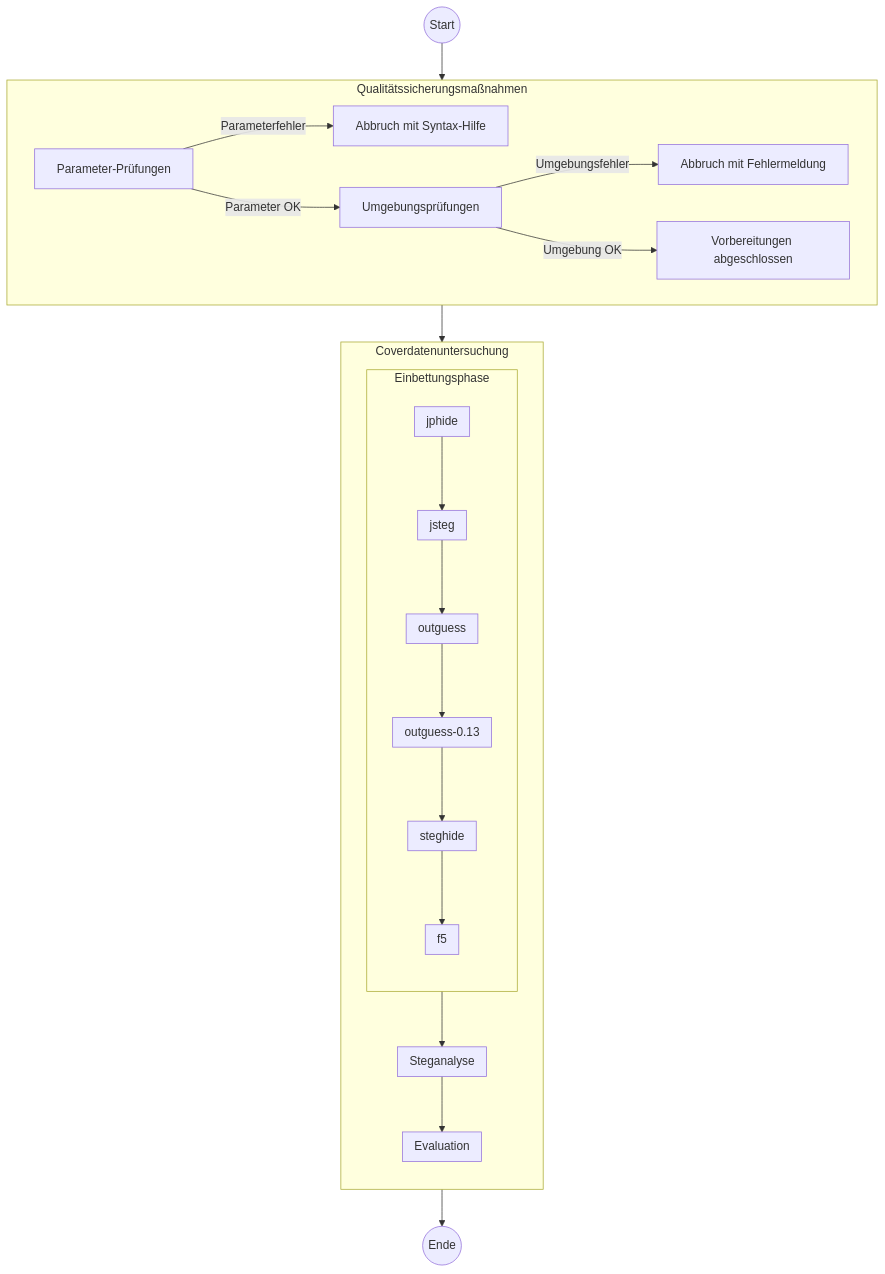
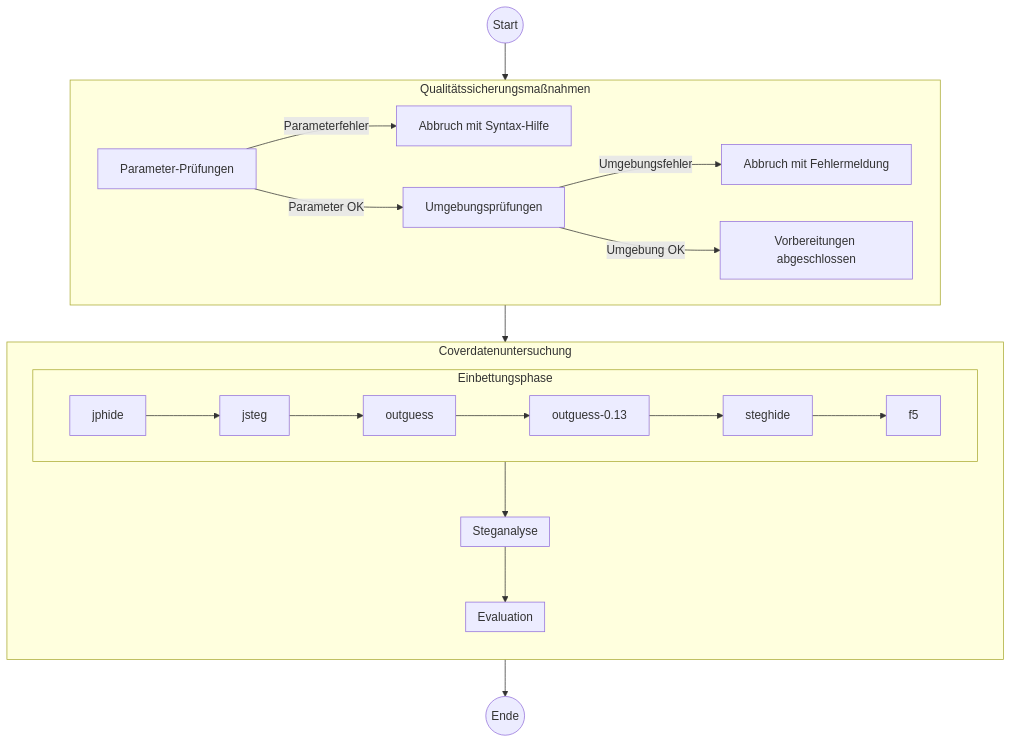
The second of 2 diagrams in SMKITS5/README.md (bh-8/amsl-it-security-projects), drawn with Mermaid before and after one commit.

````diff
--- a/SMKITS5/README.md
+++ b/SMKITS5/README.md
@@ -135,58 +135,46 @@
     ```mermaid
     flowchart TB
       start(("Start"))
       subgraph Qualitätssicherungsmaßnahmen
         direction LR
         paramchecks["Parameter-Prüfungen"]
         aborthelp["Abbruch mit Syntax-Hilfe"]
         envchecks["Umgebungsprüfungen"]
         aborterr["Abbruch mit Fehlermeldung"]
         qa["Vorbereitungen abgeschlossen"]
         paramchecks
         paramchecks--"Parameterfehler"-->aborthelp
         paramchecks--"Parameter OK"-->envchecks
         envchecks--"Umgebungsfehler"-->aborterr
         envchecks--"Umgebung OK"-->qa
       end
       subgraph Coverdatenuntersuchung
         direction TB
         subgraph Einbettungsphase
-          direction TB
-          subgraph jphide
-          
-          end
-          subgraph jsteg
-          
-          end
-          subgraph outguess
-          
-          end
-          subgraph outguess-0.13
-          
-          end
-          subgraph steghide
-          
-          end
-          subgraph f5
-          
-          end
+          direction LR
+          jphide["jphide"]
+          jsteg["jsteg"]
+          outguess["outguess"]
+          outguess-0.13["outguess-0.13"]
+          steghide["steghide"]
+          f5["f5"]
           jphide-->jsteg
           jsteg-->outguess
           outguess-->outguess-0.13
           outguess-0.13-->steghide
           steghide-->f5
         end
         subgraph Steganalyse
         
         end
         subgraph Evaluation
         
         end
         Einbettungsphase-->Steganalyse
         Steganalyse-->Evaluation
       end
       finish(("Ende"))
       start-->Qualitätssicherungsmaßnahmen
       Qualitätssicherungsmaßnahmen-->Coverdatenuntersuchung
       Coverdatenuntersuchung-->finish
     ```  
````
